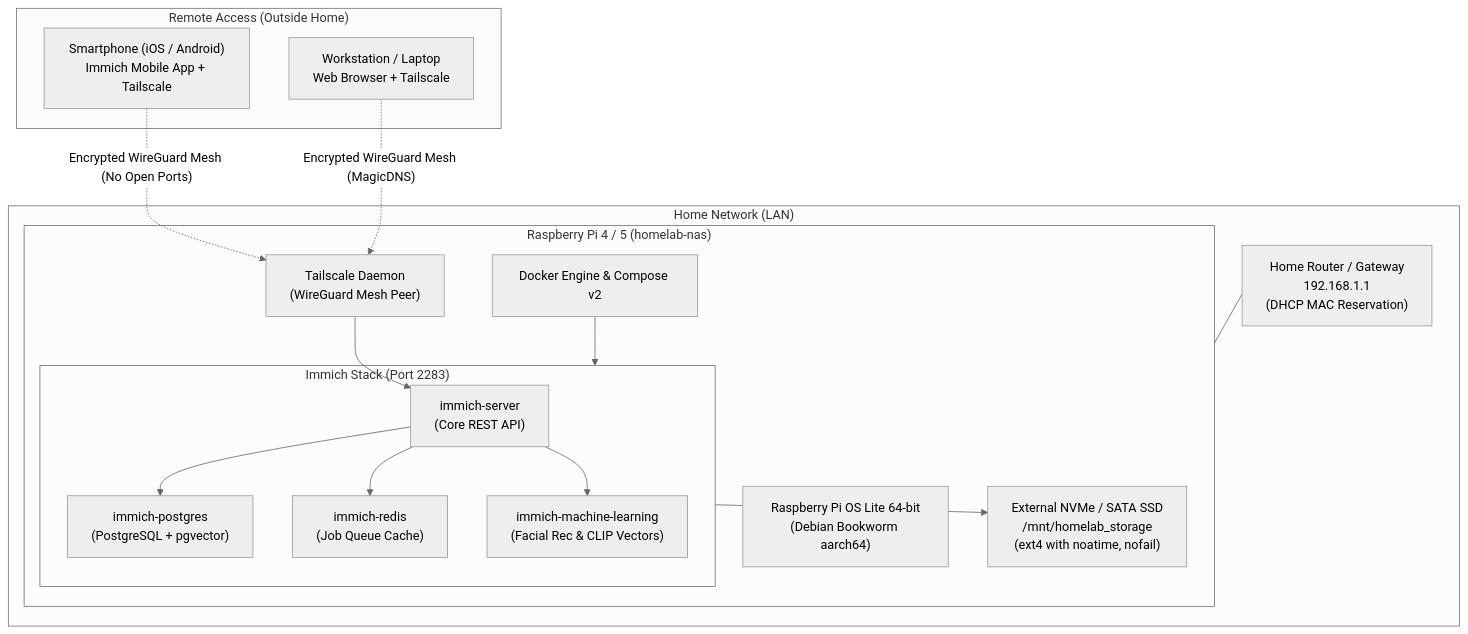
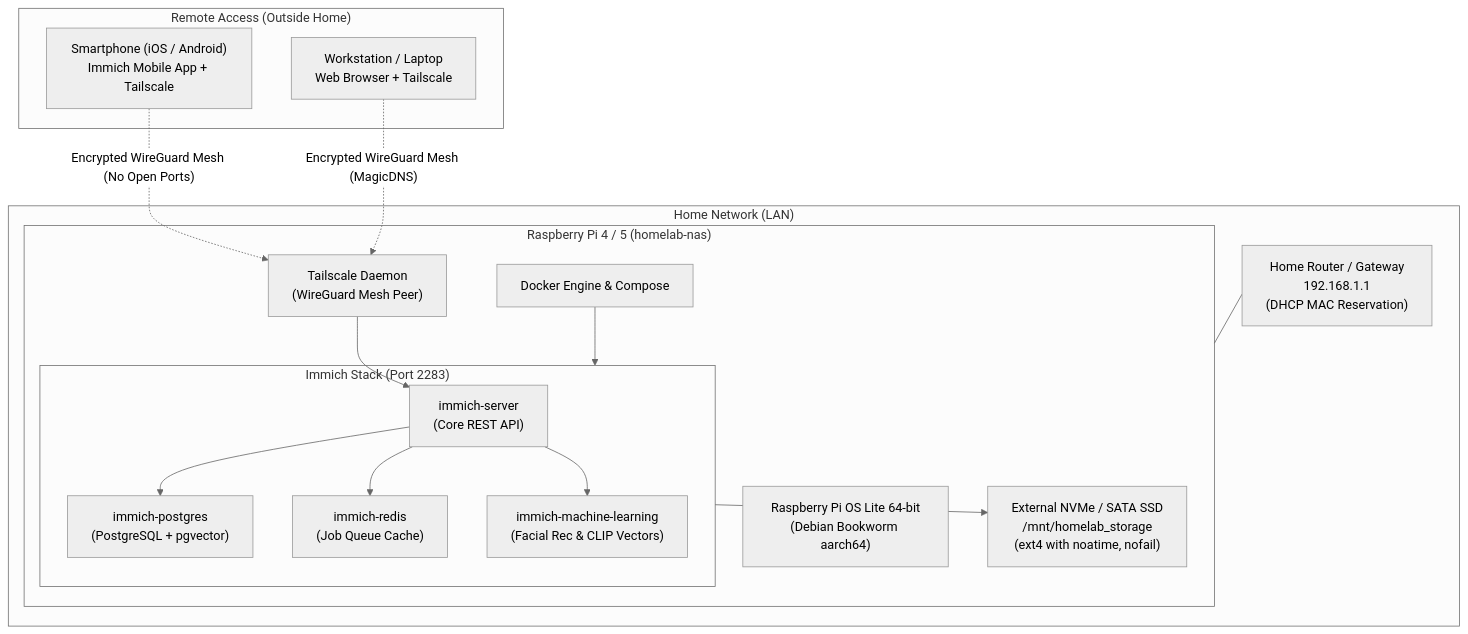
One commit to rd908213/Homelab-Development changed the diagram in README.md. Above: the diagram before and after it, drawn with Mermaid (neutral theme). The commit also changed other lines of this file and 1 other file, not shown here.

Commit message:
Update compose version

````diff
--- a/README.md
+++ b/README.md
@@ -46,36 +46,36 @@
 ```mermaid
 graph TD
     subgraph LAN ["Home Network (LAN)"]
         Router["Home Router / Gateway<br>192.168.1.1<br>(DHCP MAC Reservation)"]
         
         subgraph RPi ["Raspberry Pi 4 / 5 (homelab-nas)"]
             OS["Raspberry Pi OS Lite 64-bit<br>(Debian Bookworm aarch64)"]
             TS["Tailscale Daemon<br>(WireGuard Mesh Peer)"]
-            Docker["Docker Engine & Compose v2"]
+            Docker["Docker Engine & Compose"]
             
             subgraph Stacks ["Immich Stack (Port 2283)"]
                 Server["immich-server<br>(Core REST API)"]
                 ML["immich-machine-learning<br>(Facial Rec & CLIP Vectors)"]
                 DB["immich-postgres<br>(PostgreSQL + pgvector)"]
                 Redis["immich-redis<br>(Job Queue Cache)"]
             end
             
             SSD["External NVMe / SATA SSD<br>/mnt/homelab_storage<br>(ext4 with noatime, nofail)"]
         end
     end
     
     subgraph WAN ["Remote Access (Outside Home)"]
         Phone["Smartphone (iOS / Android)<br>Immich Mobile App + Tailscale"]
         Laptop["Workstation / Laptop<br>Web Browser + Tailscale"]
     end
     
     Router --- RPi
     Docker --> Stacks
     Server --> DB
     Server --> Redis
     Server --> ML
     Stacks --> SSD
     Phone -. "Encrypted WireGuard Mesh (No Open Ports)" .-> TS
     Laptop -. "Encrypted WireGuard Mesh (MagicDNS)" .-> TS
     TS --> Server
 ```
````
